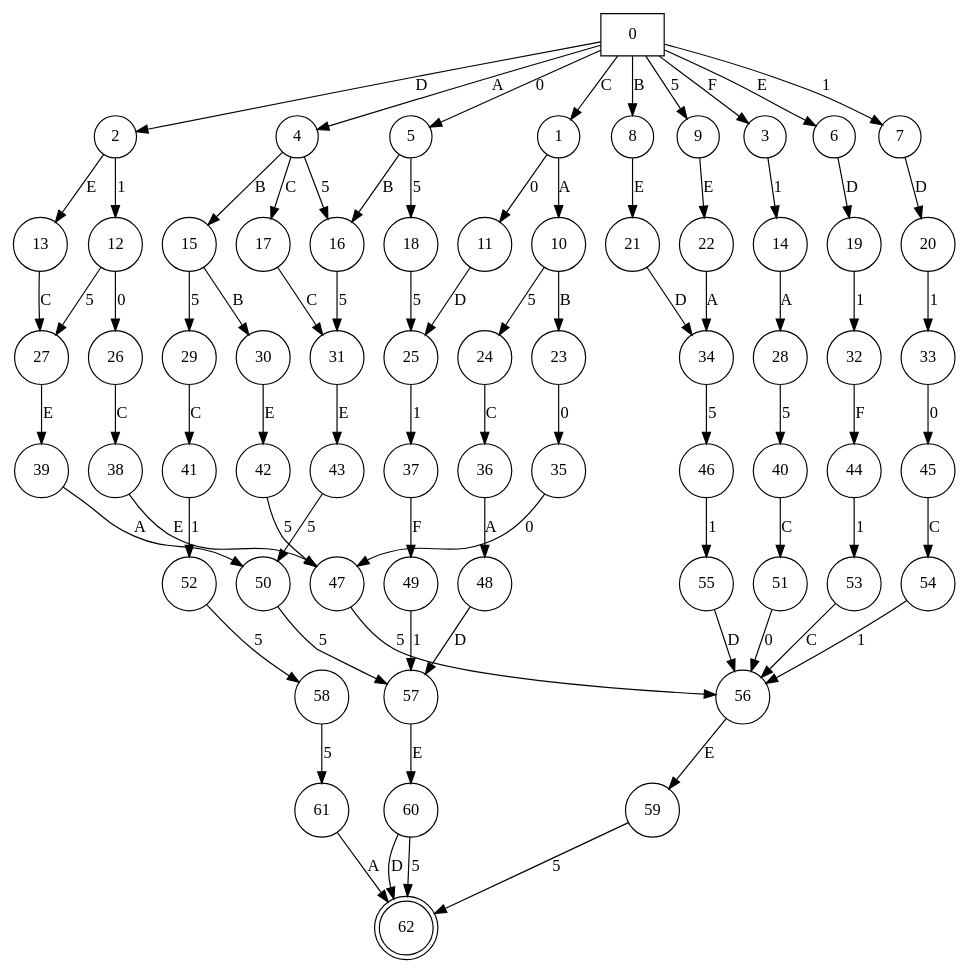
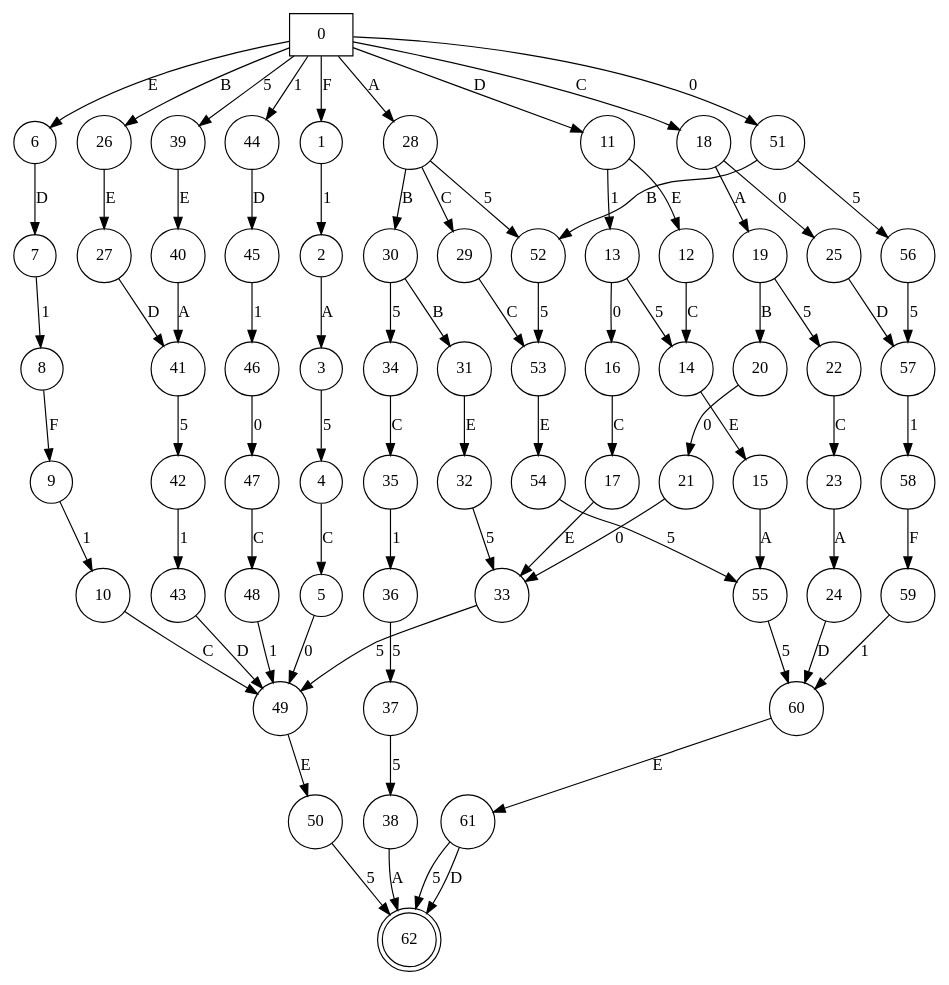
Before and after one commit to viercc/acyclic-dfa: the diagram in example/hextalk_large8.dot, drawn with Graphviz. The commit also changed 18 other files, not shown here.

```diff
--- a/example/hextalk_large8.dot
+++ b/example/hextalk_large8.dot
@@ -1,147 +1,147 @@
 digraph {
   node [shape=box, peripheries=1];
   n0 [label="0"];
   node [shape=circle];
   n1 [label="1"];
   n2 [label="2"];
   n3 [label="3"];
   n4 [label="4"];
   n5 [label="5"];
   n6 [label="6"];
   n7 [label="7"];
   n8 [label="8"];
   n9 [label="9"];
   n10 [label="10"];
   n11 [label="11"];
   n12 [label="12"];
   n13 [label="13"];
   n14 [label="14"];
   n15 [label="15"];
   n16 [label="16"];
   n17 [label="17"];
   n18 [label="18"];
   n19 [label="19"];
   n20 [label="20"];
   n21 [label="21"];
   n22 [label="22"];
   n23 [label="23"];
   n24 [label="24"];
   n25 [label="25"];
   n26 [label="26"];
   n27 [label="27"];
   n28 [label="28"];
   n29 [label="29"];
   n30 [label="30"];
   n31 [label="31"];
   n32 [label="32"];
   n33 [label="33"];
   n34 [label="34"];
   n35 [label="35"];
   n36 [label="36"];
   n37 [label="37"];
   n38 [label="38"];
   n39 [label="39"];
   n40 [label="40"];
   n41 [label="41"];
   n42 [label="42"];
   n43 [label="43"];
   n44 [label="44"];
   n45 [label="45"];
   n46 [label="46"];
   n47 [label="47"];
   n48 [label="48"];
   n49 [label="49"];
   n50 [label="50"];
   n51 [label="51"];
   n52 [label="52"];
   n53 [label="53"];
   n54 [label="54"];
   n55 [label="55"];
   n56 [label="56"];
   n57 [label="57"];
   n58 [label="58"];
   n59 [label="59"];
   n60 [label="60"];
   n61 [label="61"];
   node [shape=circle, peripheries=2];
   n62 [label="62"];
-  n0 -> n5 [label="0"];
-  n0 -> n7 [label="1"];
-  n0 -> n9 [label="5"];
-  n0 -> n4 [label="A"];
-  n0 -> n8 [label="B"];
-  n0 -> n1 [label="C"];
-  n0 -> n2 [label="D"];
+  n0 -> n51 [label="0"];
+  n0 -> n44 [label="1"];
+  n0 -> n39 [label="5"];
+  n0 -> n28 [label="A"];
+  n0 -> n26 [label="B"];
+  n0 -> n18 [label="C"];
+  n0 -> n11 [label="D"];
   n0 -> n6 [label="E"];
-  n0 -> n3 [label="F"];
-  n1 -> n11 [label="0"];
-  n1 -> n10 [label="A"];
-  n2 -> n12 [label="1"];
-  n2 -> n13 [label="E"];
-  n3 -> n14 [label="1"];
-  n4 -> n16 [label="5"];
-  n4 -> n15 [label="B"];
-  n4 -> n17 [label="C"];
-  n5 -> n18 [label="5"];
-  n5 -> n16 [label="B"];
-  n6 -> n19 [label="D"];
-  n7 -> n20 [label="D"];
-  n8 -> n21 [label="E"];
-  n9 -> n22 [label="E"];
-  n10 -> n24 [label="5"];
-  n10 -> n23 [label="B"];
-  n11 -> n25 [label="D"];
-  n12 -> n26 [label="0"];
-  n12 -> n27 [label="5"];
-  n13 -> n27 [label="C"];
-  n14 -> n28 [label="A"];
-  n15 -> n29 [label="5"];
-  n15 -> n30 [label="B"];
-  n16 -> n31 [label="5"];
-  n17 -> n31 [label="C"];
-  n18 -> n25 [label="5"];
-  n19 -> n32 [label="1"];
-  n20 -> n33 [label="1"];
-  n21 -> n34 [label="D"];
-  n22 -> n34 [label="A"];
-  n23 -> n35 [label="0"];
-  n24 -> n36 [label="C"];
-  n25 -> n37 [label="1"];
-  n26 -> n38 [label="C"];
-  n27 -> n39 [label="E"];
-  n28 -> n40 [label="5"];
-  n29 -> n41 [label="C"];
-  n30 -> n42 [label="E"];
-  n31 -> n43 [label="E"];
-  n32 -> n44 [label="F"];
-  n33 -> n45 [label="0"];
-  n34 -> n46 [label="5"];
-  n35 -> n47 [label="0"];
-  n36 -> n48 [label="A"];
-  n37 -> n49 [label="F"];
-  n38 -> n47 [label="E"];
-  n39 -> n50 [label="A"];
-  n40 -> n51 [label="C"];
-  n41 -> n52 [label="1"];
-  n42 -> n47 [label="5"];
-  n43 -> n50 [label="5"];
-  n44 -> n53 [label="1"];
-  n45 -> n54 [label="C"];
-  n46 -> n55 [label="1"];
-  n47 -> n56 [label="5"];
-  n48 -> n57 [label="D"];
-  n49 -> n57 [label="1"];
-  n50 -> n57 [label="5"];
-  n51 -> n56 [label="0"];
-  n52 -> n58 [label="5"];
-  n53 -> n56 [label="C"];
-  n54 -> n56 [label="1"];
-  n55 -> n56 [label="D"];
-  n56 -> n59 [label="E"];
-  n57 -> n60 [label="E"];
-  n58 -> n61 [label="5"];
-  n59 -> n62 [label="5"];
-  n60 -> n62 [label="5"];
-  n60 -> n62 [label="D"];
-  n61 -> n62 [label="A"];
+  n0 -> n1 [label="F"];
+  n1 -> n2 [label="1"];
+  n2 -> n3 [label="A"];
+  n3 -> n4 [label="5"];
+  n4 -> n5 [label="C"];
+  n5 -> n49 [label="0"];
+  n6 -> n7 [label="D"];
+  n7 -> n8 [label="1"];
+  n8 -> n9 [label="F"];
+  n9 -> n10 [label="1"];
+  n10 -> n49 [label="C"];
+  n11 -> n13 [label="1"];
+  n11 -> n12 [label="E"];
+  n12 -> n14 [label="C"];
+  n13 -> n16 [label="0"];
+  n13 -> n14 [label="5"];
+  n14 -> n15 [label="E"];
+  n15 -> n55 [label="A"];
+  n16 -> n17 [label="C"];
+  n17 -> n33 [label="E"];
+  n18 -> n25 [label="0"];
+  n18 -> n19 [label="A"];
+  n19 -> n22 [label="5"];
+  n19 -> n20 [label="B"];
+  n20 -> n21 [label="0"];
+  n21 -> n33 [label="0"];
+  n22 -> n23 [label="C"];
+  n23 -> n24 [label="A"];
+  n24 -> n60 [label="D"];
+  n25 -> n57 [label="D"];
+  n26 -> n27 [label="E"];
+  n27 -> n41 [label="D"];
+  n28 -> n52 [label="5"];
+  n28 -> n30 [label="B"];
+  n28 -> n29 [label="C"];
+  n29 -> n53 [label="C"];
+  n30 -> n34 [label="5"];
+  n30 -> n31 [label="B"];
+  n31 -> n32 [label="E"];
+  n32 -> n33 [label="5"];
+  n33 -> n49 [label="5"];
+  n34 -> n35 [label="C"];
+  n35 -> n36 [label="1"];
+  n36 -> n37 [label="5"];
+  n37 -> n38 [label="5"];
+  n38 -> n62 [label="A"];
+  n39 -> n40 [label="E"];
+  n40 -> n41 [label="A"];
+  n41 -> n42 [label="5"];
+  n42 -> n43 [label="1"];
+  n43 -> n49 [label="D"];
+  n44 -> n45 [label="D"];
+  n45 -> n46 [label="1"];
+  n46 -> n47 [label="0"];
+  n47 -> n48 [label="C"];
+  n48 -> n49 [label="1"];
+  n49 -> n50 [label="E"];
+  n50 -> n62 [label="5"];
+  n51 -> n56 [label="5"];
+  n51 -> n52 [label="B"];
+  n52 -> n53 [label="5"];
+  n53 -> n54 [label="E"];
+  n54 -> n55 [label="5"];
+  n55 -> n60 [label="5"];
+  n56 -> n57 [label="5"];
+  n57 -> n58 [label="1"];
+  n58 -> n59 [label="F"];
+  n59 -> n60 [label="1"];
+  n60 -> n61 [label="E"];
+  n61 -> n62 [label="5"];
+  n61 -> n62 [label="D"];
 }
```
